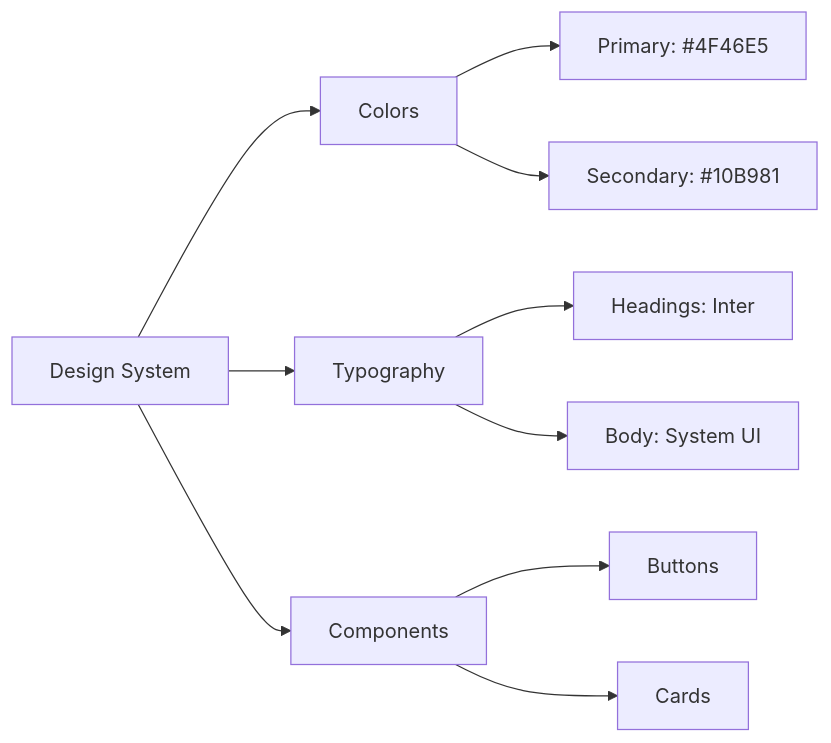
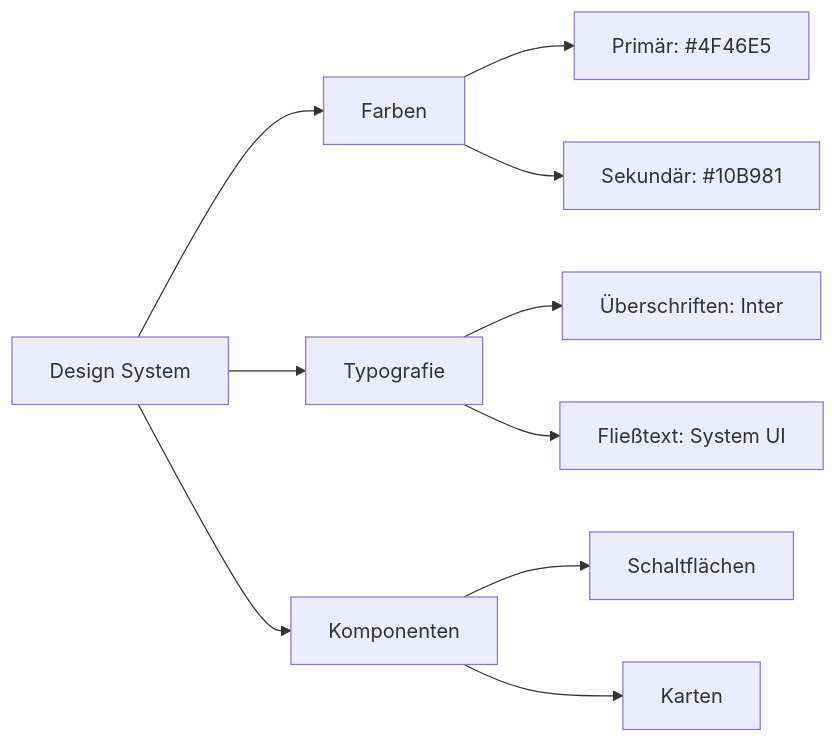
Before and after one commit to balefulduck/handout: the second of 2 diagrams in README.md, drawn with Mermaid. The commit also changed other lines of this file, not shown here.

````diff
--- a/README.md
+++ b/README.md
@@ -32,12 +32,12 @@
 ```mermaid
 flowchart LR
-    A[Design System] --> B[Colors]
-    A --> C[Typography]
-    A --> D[Components]
-    B --> E[Primary: #4F46E5]
-    B --> F[Secondary: #10B981]
-    C --> G[Headings: Inter]
-    C --> H[Body: System UI]
-    D --> I[Buttons]
-    D --> J[Cards]
+    A[Design System] --> B[Farben]
+    A --> C[Typografie]
+    A --> D[Komponenten]
+    B --> E[Primär: #4F46E5]
+    B --> F[Sekundär: #10B981]
+    C --> G[Überschriften: Inter]
+    C --> H[Fließtext: System UI]
+    D --> I[Schaltflächen]
+    D --> J[Karten]
 ```
````
